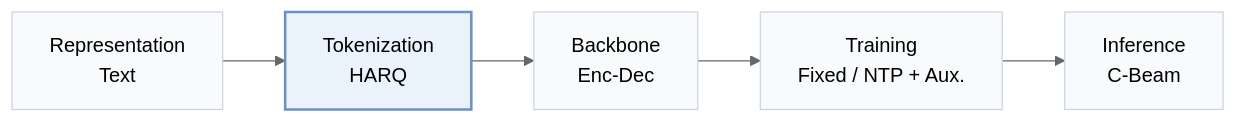
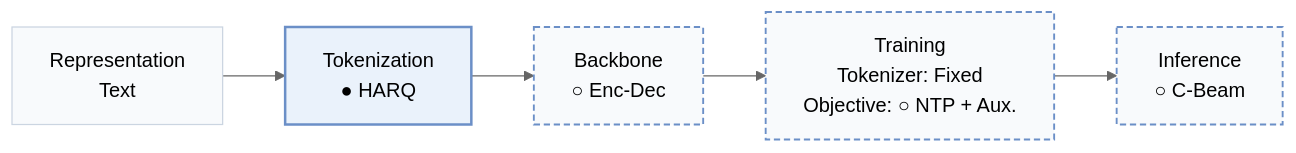
Before and after one commit to Galaxy-ghost/Awesome-SID-Generative-Rec: the first of 2 diagrams in pages/papers/varlenrec-tiger.md, drawn with Mermaid (neutral theme). The commit also changed other lines of this file and 558 other files, not shown here.

````diff
--- a/pages/papers/varlenrec-tiger.md
+++ b/pages/papers/varlenrec-tiger.md
@@ -15,8 +18,10 @@
 ```mermaid
 flowchart LR
-    R["Representation<br/>Text"] --> T["Tokenization<br/>HARQ"] --> B["Backbone<br/>Enc-Dec"] --> TR["Training<br/>Fixed / NTP + Aux."] --> I["Inference<br/>C-Beam"]
+    R["Representation<br/>Text"] --> T["Tokenization<br/>● HARQ"] --> B["Backbone<br/>○ Enc-Dec"] --> TR["Training<br/>Tokenizer: Fixed<br/>Objective: ○ NTP + Aux."] --> I["Inference<br/>○ C-Beam"]
     classDef base fill:#f8fafc,stroke:#cbd5e1
     class R,T,B,TR,I base
+    classDef other fill:#f8fafc,stroke:#6b8fc7,stroke-width:1.5px,stroke-dasharray:5 3
+    class B,TR,I other
     classDef main fill:#eaf2fb,stroke:#6b8fc7,stroke-width:2px
     class T main
 ```
````
